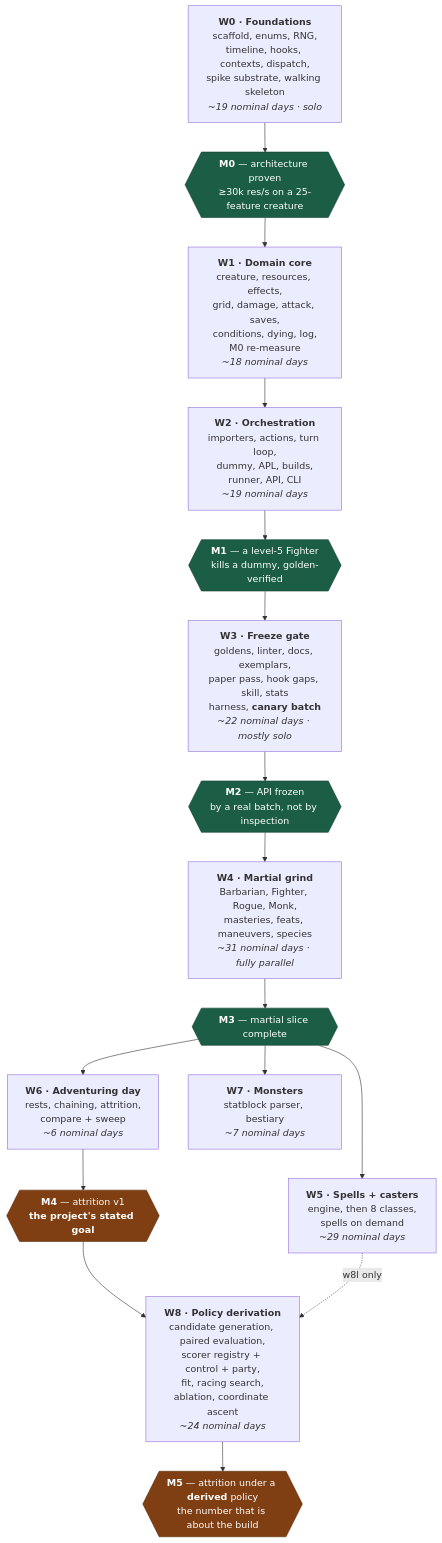
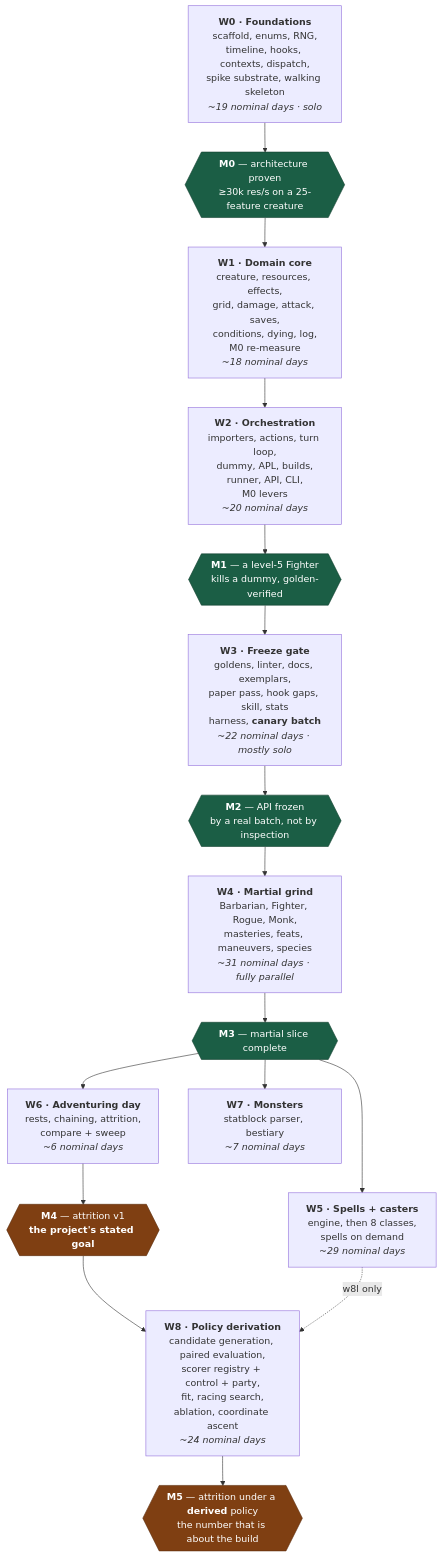
The diagram in ROADMAP.md (Luguza/DnD-Simulator), drawn with Mermaid before and after one commit. The commit also changed other lines of this file and 3 other files, not shown here.

First line of the commit message:
M0 / W1 review round 3: M1 build carries an attack apl and runs below the API; w0i row, W2 estimate, hold wording

````diff
--- a/ROADMAP.md
+++ b/ROADMAP.md
@@ -137,30 +137,30 @@
 ```mermaid
 flowchart TD
     W0["<b>W0 · Foundations</b><br/>scaffold, enums, RNG,<br/>timeline, hooks, contexts, dispatch,<br/>spike substrate, walking skeleton<br/><i>~19 nominal days · solo</i>"]
     M0{{"<b>M0</b> — architecture proven<br/>≥30k res/s on a 25-feature creature"}}
     W1["<b>W1 · Domain core</b><br/>creature, resources, effects,<br/>grid, damage, attack, saves,<br/>conditions, dying, log,<br/>M0 re-measure<br/><i>~18 nominal days</i>"]
-    W2["<b>W2 · Orchestration</b><br/>importers, actions, turn loop,<br/>dummy, APL, builds,<br/>runner, API, CLI<br/><i>~19 nominal days</i>"]
+    W2["<b>W2 · Orchestration</b><br/>importers, actions, turn loop,<br/>dummy, APL, builds,<br/>runner, API, CLI,<br/>M0 levers<br/><i>~20 nominal days</i>"]
     M1{{"<b>M1</b> — a level-5 Fighter<br/>kills a dummy, golden-verified"}}
     W3["<b>W3 · Freeze gate</b><br/>goldens, linter, docs, exemplars,<br/>paper pass, hook gaps, skill, stats<br/>harness, <b>canary batch</b><br/><i>~22 nominal days · mostly solo</i>"]
     M2{{"<b>M2</b> — API frozen<br/>by a real batch, not by inspection"}}
     W4["<b>W4 · Martial grind</b><br/>Barbarian, Fighter, Rogue, Monk,<br/>masteries, feats, maneuvers, species<br/><i>~31 nominal days · fully parallel</i>"]
     M3{{"<b>M3</b> — martial slice complete"}}
     W5["<b>W5 · Spells + casters</b><br/>engine, then 8 classes,<br/>spells on demand<br/><i>~29 nominal days</i>"]
     W6["<b>W6 · Adventuring day</b><br/>rests, chaining, attrition,<br/>compare + sweep<br/><i>~6 nominal days</i>"]
     M4{{"<b>M4</b> — attrition v1<br/><b>the project's stated goal</b>"}}
     W7["<b>W7 · Monsters</b><br/>statblock parser, bestiary<br/><i>~7 nominal days</i>"]
     W8["<b>W8 · Policy derivation</b><br/>candidate generation, paired evaluation,<br/>scorer registry + control + party,<br/>fit, racing search,<br/>ablation, coordinate ascent<br/><i>~24 nominal days</i>"]
     M5{{"<b>M5</b> — attrition under a <b>derived</b> policy<br/>the number that is about the build"}}
 
     W0 --> M0 --> W1 --> W2 --> M1 --> W3 --> M2 --> W4 --> M3
     M3 --> W5
     M3 --> W6 --> M4
     M3 --> W7
     M4 --> W8 --> M5
     W5 -.->|"w8l only"| W8
 
     classDef gate fill:#1b5e45,stroke:#123f2f,color:#ffffff;
     classDef goal fill:#7f3f12,stroke:#5c2d0d,color:#ffffff;
     class M0,M1,M2,M3 gate;
     class M4,M5 goal;
 ```
````
